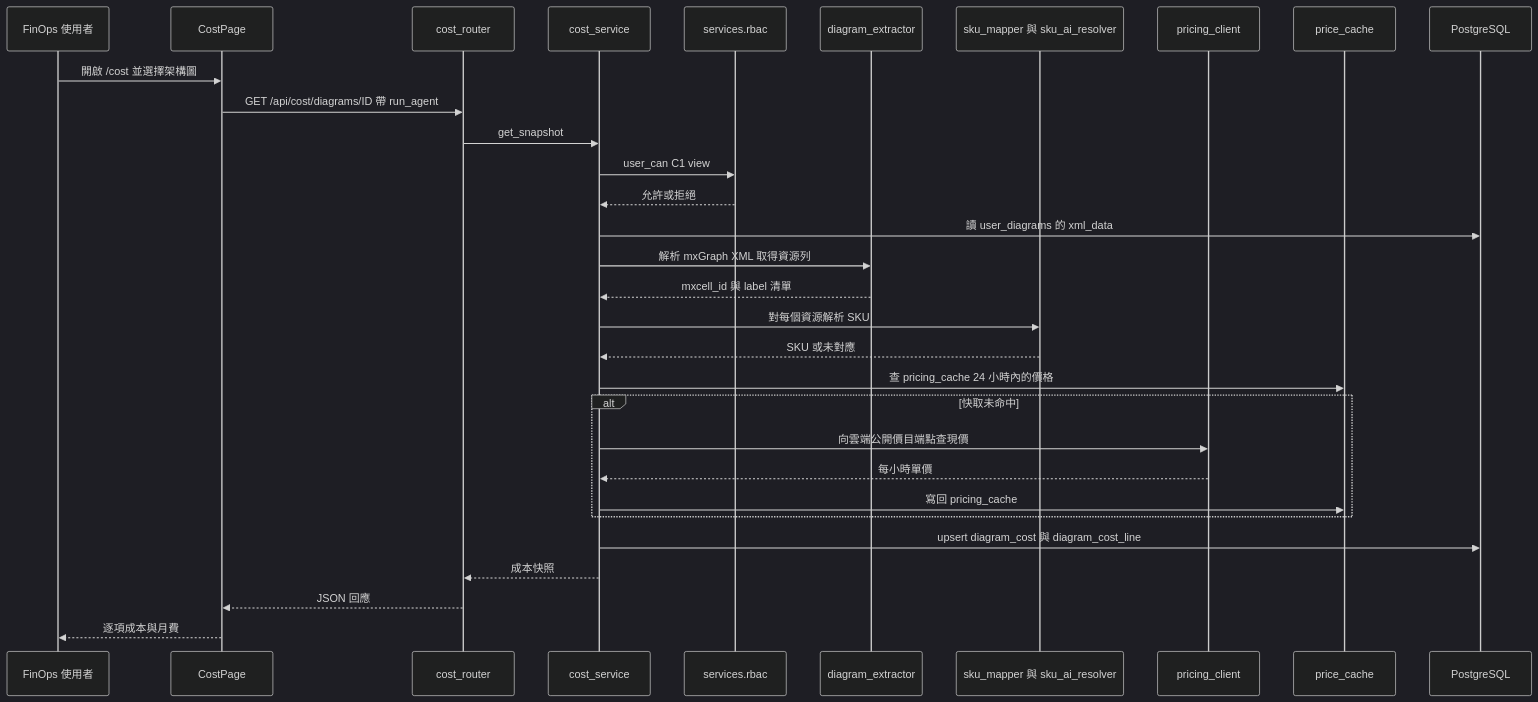
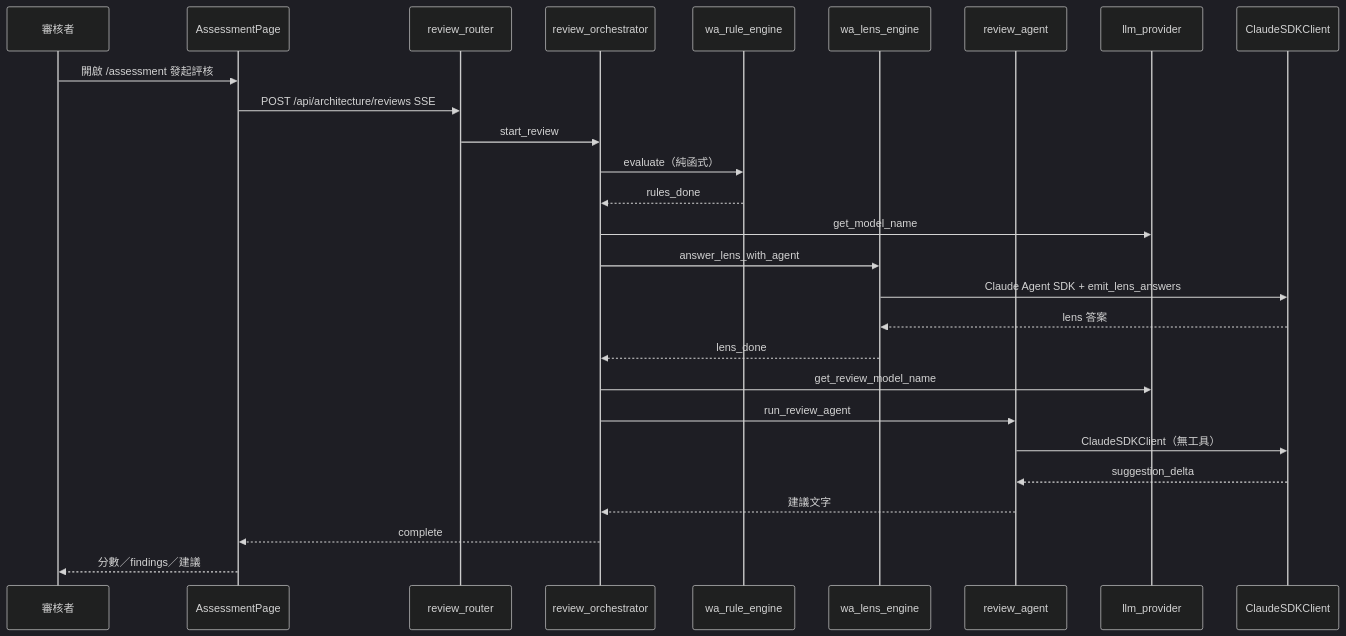
Before and after one commit to opendiamonds/cloud-360: the third of 5 diagrams in aidlc/spaces/default/codekb/cloud/architecture.md, drawn with Mermaid (dark theme). The commit also changed other lines of this file and 57 other files, not shown here.

First line of the commit message:
重構(a3): Assessment Review/Lens 改走 LangGraph 並修正串流 state

````diff
--- a/aidlc/spaces/default/codekb/cloud/architecture.md
+++ b/aidlc/spaces/default/codekb/cloud/architecture.md
@@ -109,34 +90,30 @@
 ```mermaid
 sequenceDiagram
-  participant U as FinOps 使用者
-  participant FE as CostPage
-  participant R as cost_router
-  participant S as cost_service
-  participant RB as services.rbac
-  participant X as diagram_extractor
-  participant M as sku_mapper 與 sku_ai_resolver
-  participant P as pricing_client
-  participant C as price_cache
-  participant DB as PostgreSQL
+  participant U as 審核者
+  participant FE as AssessmentPage
+  participant RR as review_router
+  participant RO as review_orchestrator
+  participant WE as wa_rule_engine
+  participant LE as wa_lens_engine
+  participant RA as review_agent
+  participant LP as llm_provider
+  participant SDK as ClaudeSDKClient
 
-  U->>FE: 開啟 /cost 並選擇架構圖
-  FE->>R: GET /api/cost/diagrams/ID 帶 run_agent
-  R->>S: get_snapshot
-  S->>RB: user_can C1 view
-  RB-->>S: 允許或拒絕
-  S->>DB: 讀 user_diagrams 的 xml_data
-  S->>X: 解析 mxGraph XML 取得資源列
-  X-->>S: mxcell_id 與 label 清單
-  S->>M: 對每個資源解析 SKU
-  M-->>S: SKU 或未對應
-  S->>C: 查 pricing_cache 24 小時內的價格
-  alt 快取未命中
-    S->>P: 向雲端公開價目端點查現價
-    P-->>S: 每小時單價
-    S->>C: 寫回 pricing_cache
-  end
-  S->>DB: upsert diagram_cost 與 diagram_cost_line
-  S-->>R: 成本快照
-  R-->>FE: JSON 回應
-  FE-->>U: 逐項成本與月費
+  U->>FE: 開啟 /assessment 發起評核
+  FE->>RR: POST /api/architecture/reviews SSE
+  RR->>RO: start_review
+  RO->>WE: evaluate（純函式）
+  WE-->>RO: rules_done
+  RO->>LP: get_model_name
+  RO->>LE: answer_lens_with_agent
+  LE->>SDK: Claude Agent SDK + emit_lens_answers
+  SDK-->>LE: lens 答案
+  LE-->>RO: lens_done
+  RO->>LP: get_review_model_name
+  RO->>RA: run_review_agent
+  RA->>SDK: ClaudeSDKClient（無工具）
+  SDK-->>RA: suggestion_delta
+  RA-->>RO: 建議文字
+  RO-->>FE: complete
+  FE-->>U: 分數／findings／建議
 ```
````
